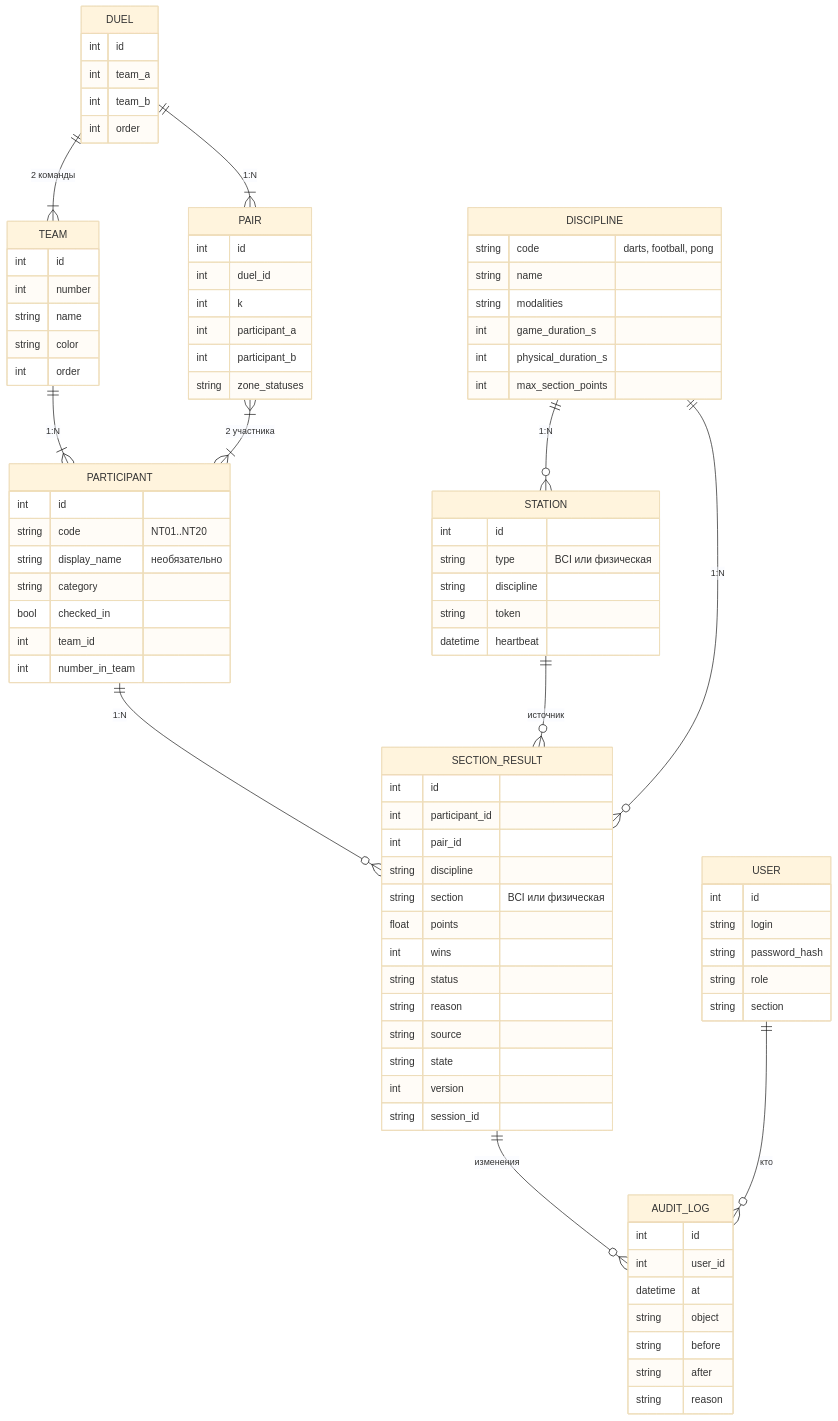
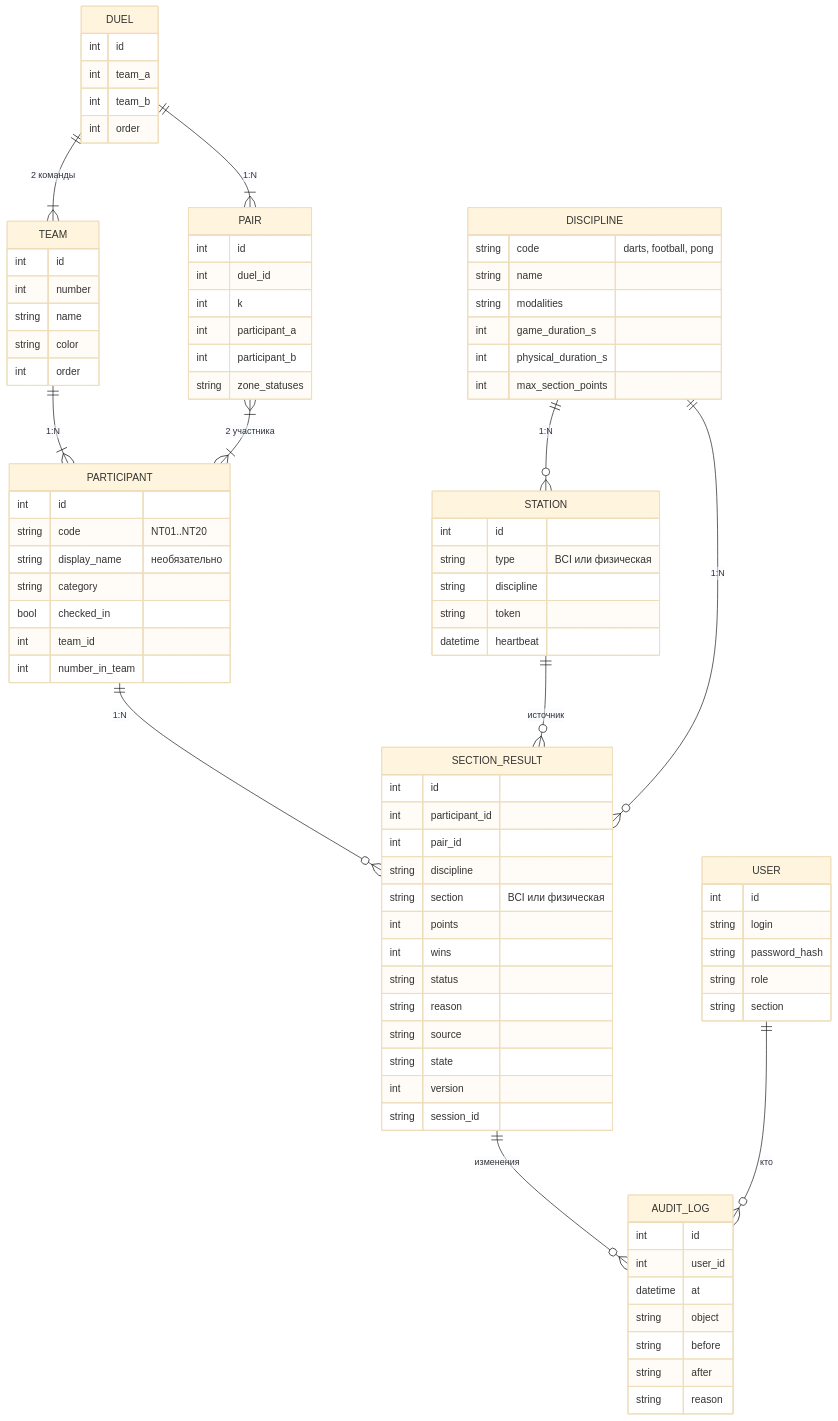
Before and after one commit to L0GIN0UT/Neurotlon: the seventh of 9 diagrams in docs/architecture.md, drawn with Mermaid (base theme). The commit also changed other lines of this file and 2 other files, not shown here.

Commit message:
docs: points are whole numbers (decision 28)

```diff
--- a/docs/architecture.md
+++ b/docs/architecture.md
@@ -206,7 +206,7 @@
         int pair_id
         string discipline
         string section "BCI или физическая"
-        float points
+        int points
         int wins
         string status
         string reason
```
